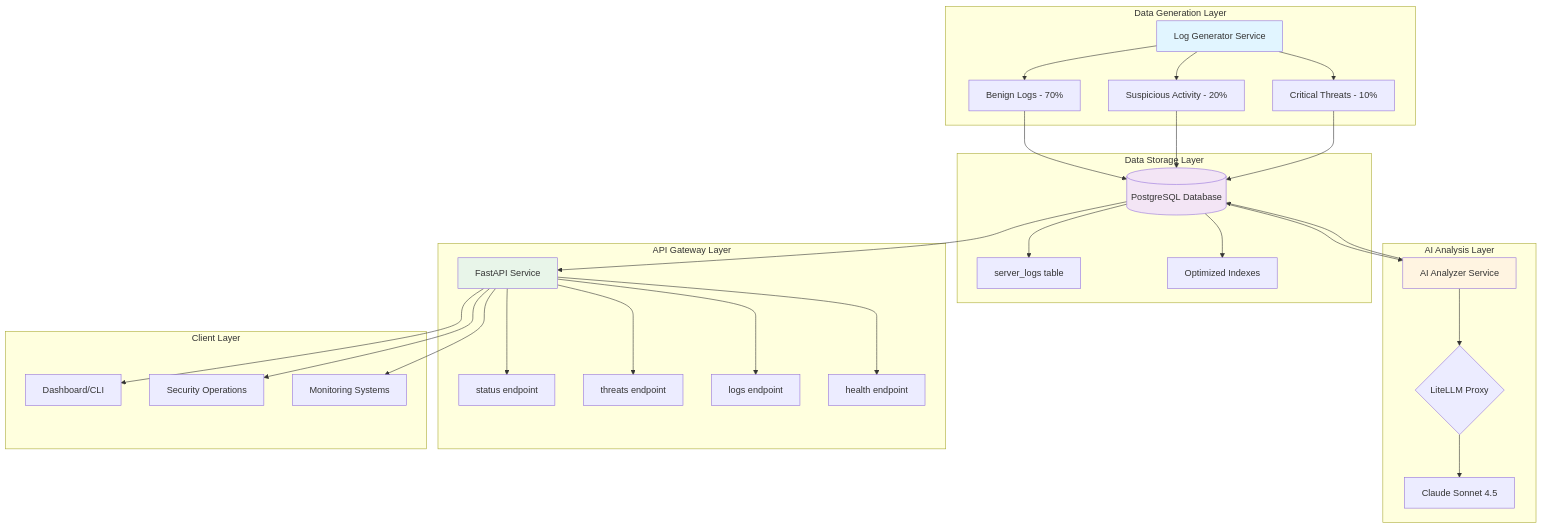
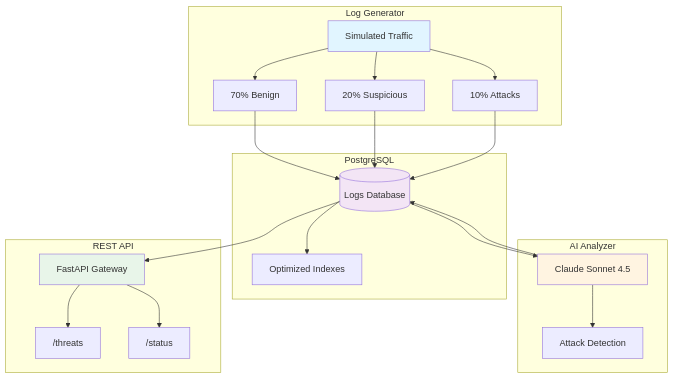
Before and after one commit to adityabatra072/Aegis-AI: the diagram in README.md, drawn with Mermaid. The commit also changed other lines of this file, not shown here.

````diff
--- a/README.md
+++ b/README.md
@@ -31,61 +63,44 @@
 ```mermaid
 graph TB
-    subgraph Gen["Data Generation Layer"]
-        A[Log Generator Service]
-        A1["Benign Logs - 70%"]
-        A2["Suspicious Activity - 20%"]
-        A3["Critical Threats - 10%"]
+    subgraph Gen["Log Generator"]
+        A[Simulated Traffic]
+        A1["70% Benign"]
+        A2["20% Suspicious"]
+        A3["10% Attacks"]
         A --> A1
         A --> A2
         A --> A3
     end
 
-    subgraph Store["Data Storage Layer"]
-        B[("PostgreSQL Database")]
-        B1[server_logs table]
-        B2[Optimized Indexes]
+    subgraph DB["PostgreSQL"]
+        B[("Logs Database")]
+        B1[Optimized Indexes]
         B --> B1
-        B --> B2
     end
 
-    subgraph AI["AI Analysis Layer"]
-        C[AI Analyzer Service]
-        C1{"LiteLLM Proxy"}
-        C2["Claude Sonnet 4.5"]
+    subgraph AI["AI Analyzer"]
+        C[Claude Sonnet 4.5]
+        C1["Attack Detection"]
         C --> C1
-        C1 --> C2
     end
 
-    subgraph API["API Gateway Layer"]
-        D[FastAPI Service]
-        D1[status endpoint]
-        D2[threats endpoint]
-        D3[logs endpoint]
-        D4[health endpoint]
+    subgraph API["REST API"]
+        D[FastAPI Gateway]
+        D1["/threats"]
+        D2["/status"]
         D --> D1
         D --> D2
-        D --> D3
-        D --> D4
-    end
-
-    subgraph Client["Client Layer"]
-        E[Dashboard/CLI]
-        F[Security Operations]
-        G[Monitoring Systems]
     end
 
     A1 --> B
     A2 --> B
     A3 --> B
     B --> C
     C --> B
     B --> D
-    D --> E
-    D --> F
-    D --> G
 
     style A fill:#e1f5ff
     style C fill:#fff4e1
     style D fill:#e8f5e9
     style B fill:#f3e5f5
 ```
````
